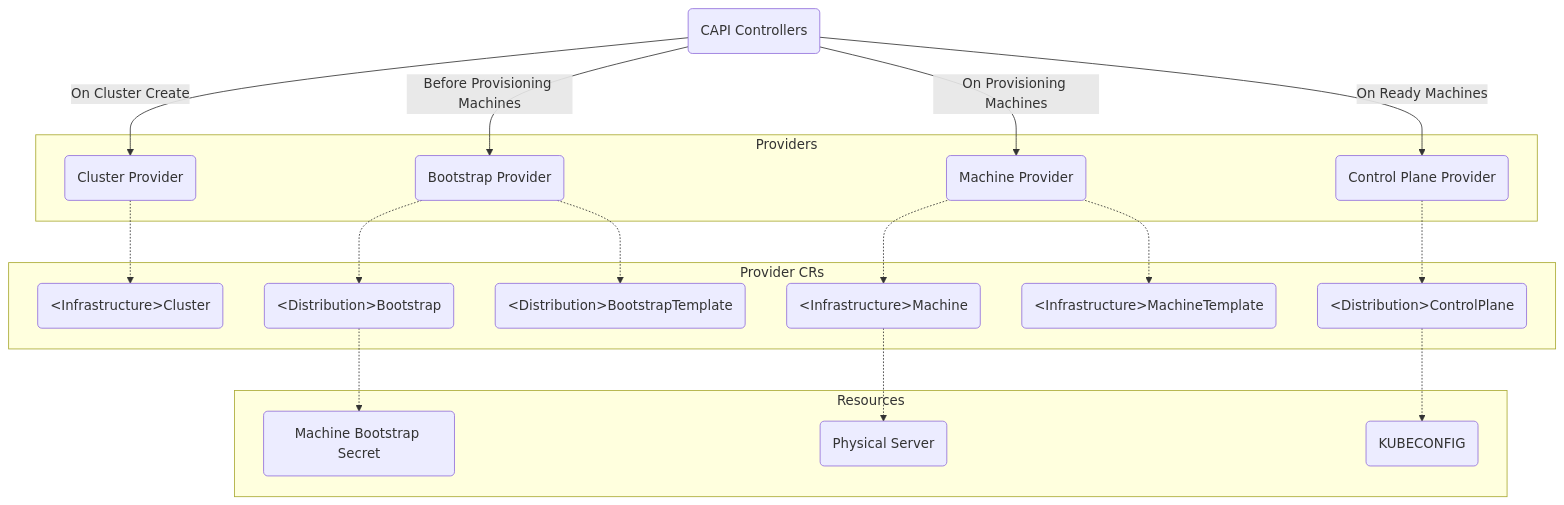
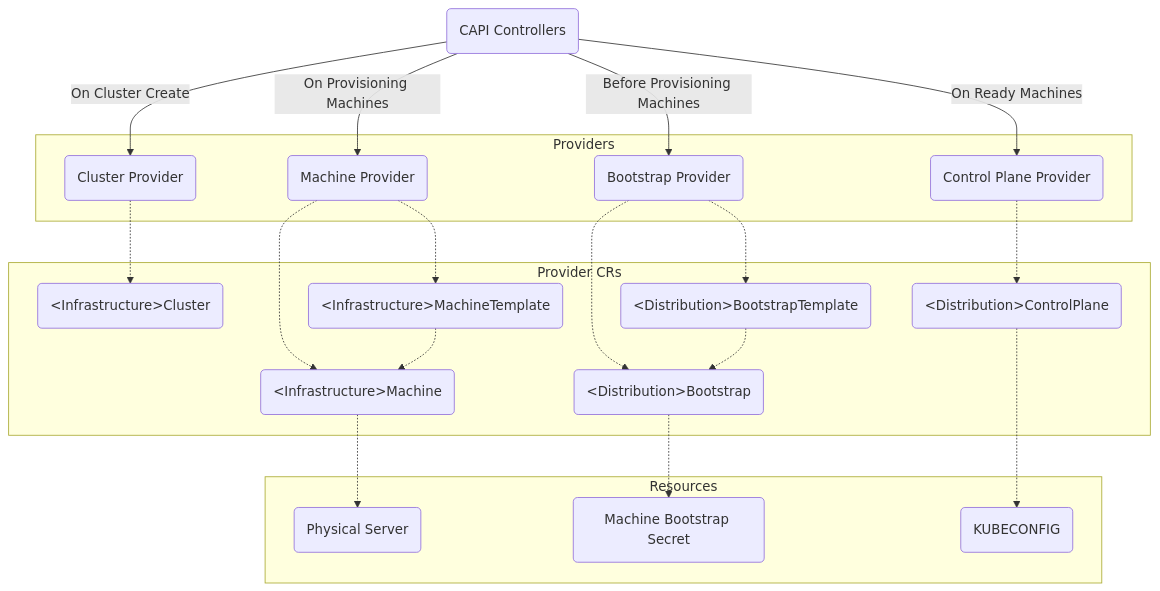
The second of 2 diagrams in docs/provisioning/00_capi.md (aiyengar2/k8s-docs), drawn with Mermaid before and after one commit.

````diff
--- a/docs/provisioning/00_capi.md
+++ b/docs/provisioning/00_capi.md
@@ -77,40 +77,42 @@
 ```mermaid
 graph TD
     CAPIControllers("CAPI Controllers")
     subgraph Providers
     ClusterProvider("Cluster Provider")
     BootstrapProvider("Bootstrap Provider")
     MachineProvider("Machine Provider")
     ControlPlaneProvider("Control Plane Provider")
     end
 
     subgraph Provider CRs
     InfrastructureCluster("&ltInfrastructure&gtCluster")
     DistributionBootstrap("&ltDistribution&gtBootstrap")
     DistributionBootstrapTemplate("&ltDistribution&gtBootstrapTemplate")
     InfrastructureMachine("&ltInfrastructure&gtMachine")
     InfrastructureMachineTemplate("&ltInfrastructure&gtMachineTemplate")
     DistributionControlPlane("&ltDistribution&gtControlPlane")
     end
     
     subgraph Resources
     PhysicalServer("Physical Server")
     MachineBootstrapSecret("Machine Bootstrap Secret")
     KubeConfig("KUBECONFIG")
     end
 
     CAPIControllers--On Cluster Create-->ClusterProvider
     CAPIControllers--Before Provisioning Machines-->BootstrapProvider
     CAPIControllers--On Provisioning Machines-->MachineProvider
     CAPIControllers--On Ready Machines-->ControlPlaneProvider
     
     ClusterProvider-.->InfrastructureCluster
     BootstrapProvider-.->DistributionBootstrap
     BootstrapProvider-.->DistributionBootstrapTemplate
+    DistributionBootstrapTemplate-.->DistributionBootstrap
     DistributionBootstrap-.->MachineBootstrapSecret
     MachineProvider-.->InfrastructureMachine
     InfrastructureMachine-.->PhysicalServer
     MachineProvider-.->InfrastructureMachineTemplate
+    InfrastructureMachineTemplate-.->InfrastructureMachine
     ControlPlaneProvider-.->DistributionControlPlane
     DistributionControlPlane-.->KubeConfig
 ```
````
